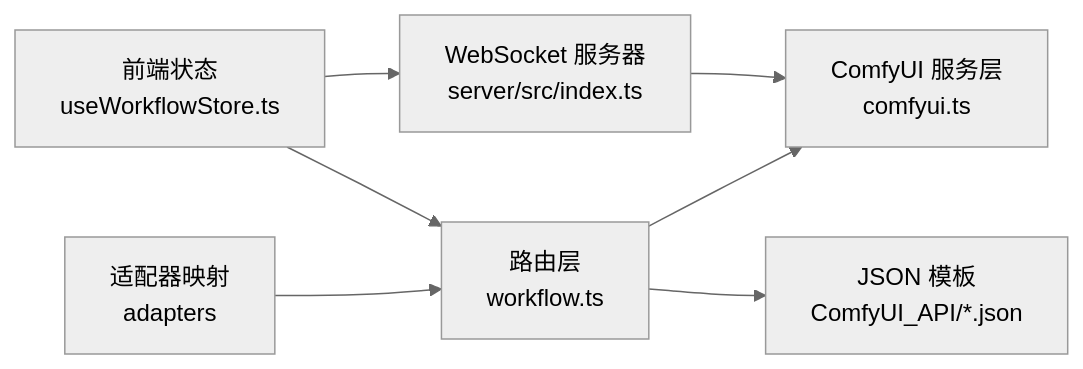
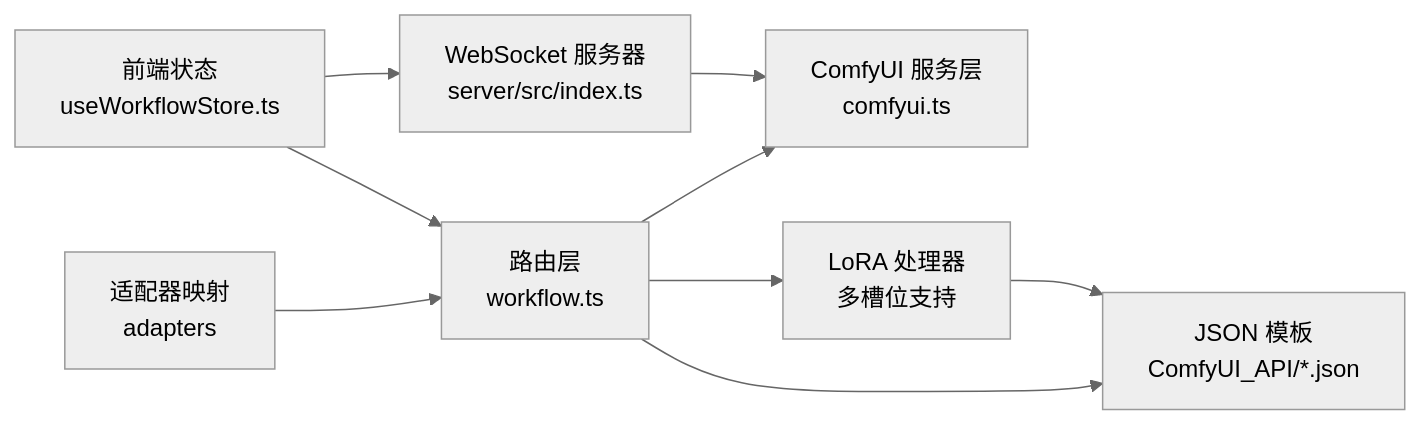
Before and after one commit to billye220670/CorineKit_Pix2Real: the tenth of 10 diagrams in .qoder/repowiki/zh/content/工作流系统/工作流系统.md, drawn with Mermaid (neutral theme). The commit also changed other lines of this file and 43 other files, not shown here.

````diff
--- a/.qoder/repowiki/zh/content/工作流系统/工作流系统.md
+++ b/.qoder/repowiki/zh/content/工作流系统/工作流系统.md
@@ -429,9 +619,11 @@
 ```mermaid
 graph LR
 Adapters["适配器映射<br/>adapters"] --> Router["路由层<br/>workflow.ts"]
 Router --> Service["ComfyUI 服务层<br/>comfyui.ts"]
 Router --> Templates["JSON 模板<br/>ComfyUI_API/*.json"]
+Router --> LoRAHandler["LoRA 处理器<br/>多槽位支持"]
 Frontend["前端状态<br/>useWorkflowStore.ts"] --> Router
 Frontend --> WS["WebSocket 服务器<br/>server/src/index.ts"]
 WS --> Service
+LoRAHandler --> Templates
 ```
````
